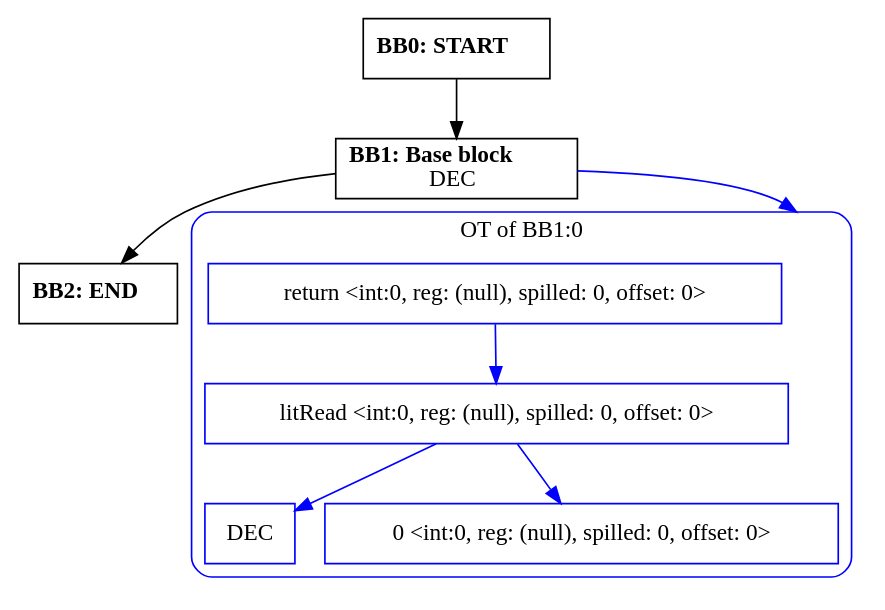
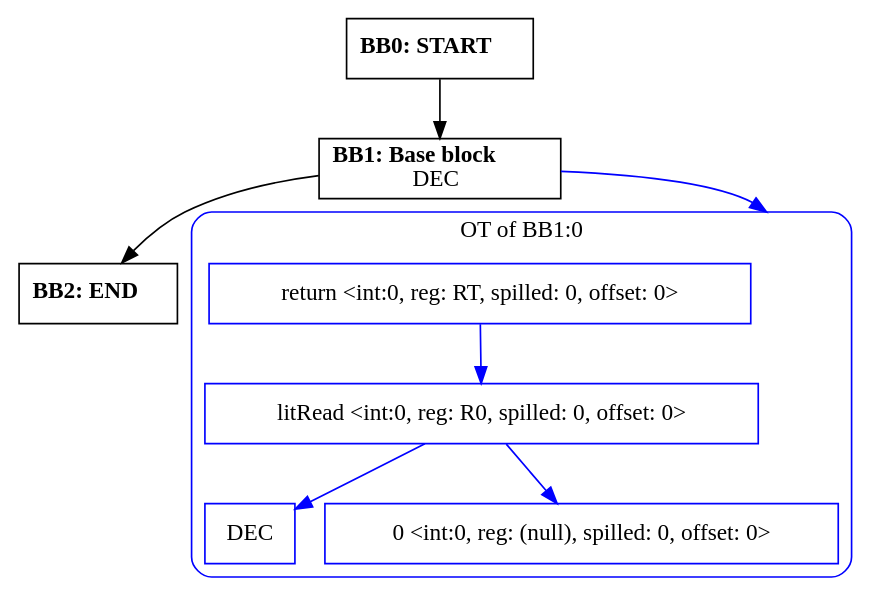
The diagram in outputs/cfg/asm.func2.dot (zavar152-cv/myLang-oop-compiler), drawn with Graphviz before and after one commit. The commit also changed 26 other files, not shown here.

```diff
--- a/outputs/cfg/asm.func2.dot
+++ b/outputs/cfg/asm.func2.dot
@@ -1,26 +1,26 @@
 digraph CFG {
     compound=true;
     graph [splines=true];
     node [shape=rectangle];
 
     BB2 [label=<<B>BB2: END</B><BR ALIGN="CENTER"/>>];
     BB1 [label=<<B>BB1: Base block</B><BR ALIGN="CENTER"/>DEC<BR ALIGN="CENTER"/>>];
     subgraph cluster_instruction0 {
         label = "OT of BB1:0";
         style=rounded;
         color=blue;
         entry0 [shape=point, style=invis];
-        node0 [label="return <int:0, reg: (null), spilled: 0, offset: 0>", color=blue];
-        node1 [label="litRead <int:0, reg: (null), spilled: 0, offset: 0>", color=blue];
+        node0 [label="return <int:0, reg: RT, spilled: 0, offset: 0>", color=blue];
+        node1 [label="litRead <int:0, reg: R0, spilled: 0, offset: 0>", color=blue];
         node2 [label="DEC", color=blue];
         node1 -> node2[color=blue];
         node3 [label="0 <int:0, reg: (null), spilled: 0, offset: 0>", color=blue];
         node1 -> node3[color=blue];
         node0 -> node1[color=blue];
     }
     BB1 -> entry0 [lhead=cluster_instruction0, color=blue];
     BB0 [label=<<B>BB0: START</B><BR ALIGN="CENTER"/>>];
 
     BB1 -> BB2;
     BB0 -> BB1;
 }
```
